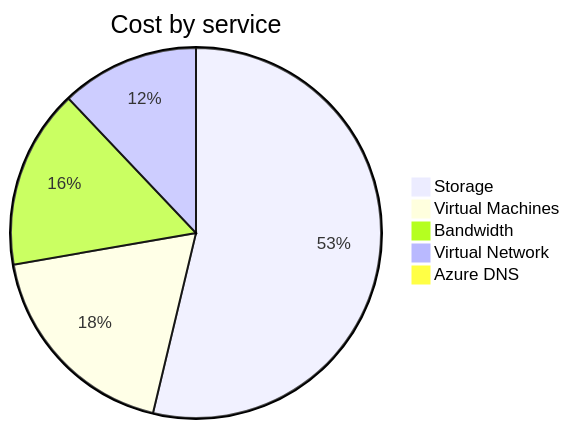
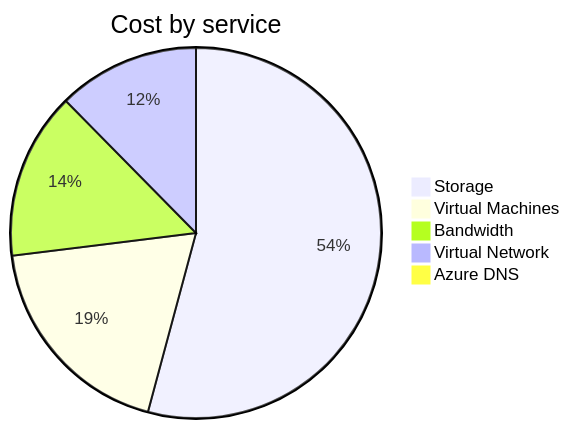
The second of 4 diagrams in cost-reports/personal-network/README.md (jpfulton/azure-personal-reports), drawn with Mermaid before and after one commit. The commit also changed other lines of this file and 8 other files, not shown here.

````diff
--- a/cost-reports/personal-network/README.md
+++ b/cost-reports/personal-network/README.md
@@ -99,9 +99,9 @@
 ```mermaid
 pie
    title Cost by service
-   "Storage" : 9.57
-   "Virtual Machines" : 3.30
+   "Storage" : 10.37
+   "Virtual Machines" : 3.61
    "Bandwidth" : 2.79
-   "Virtual Network" : 2.15
-   "Azure DNS" : 0.14
+   "Virtual Network" : 2.37
+   "Azure DNS" : 0.16
 ```
````
